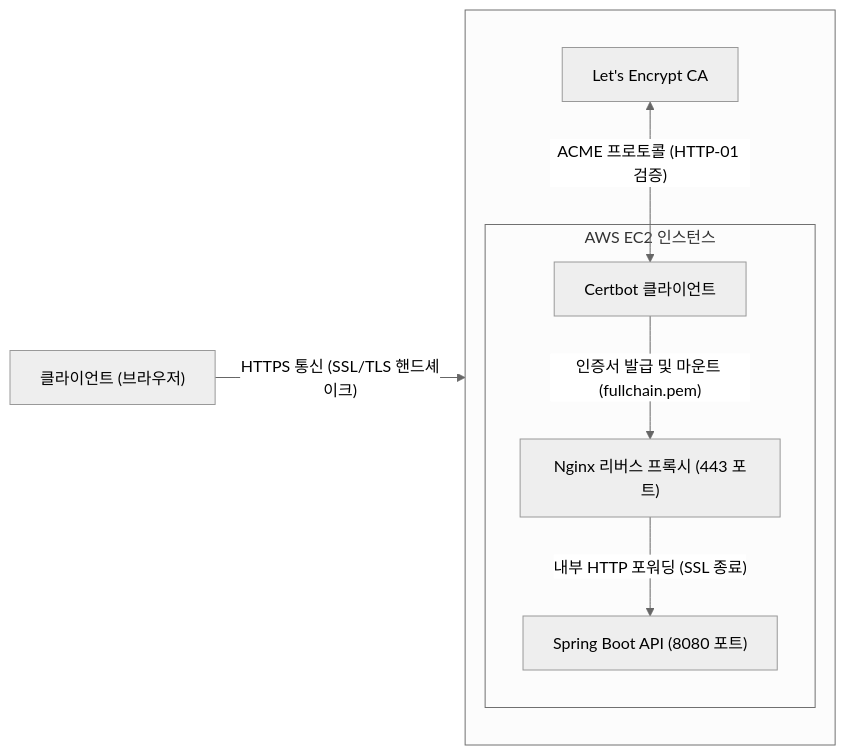
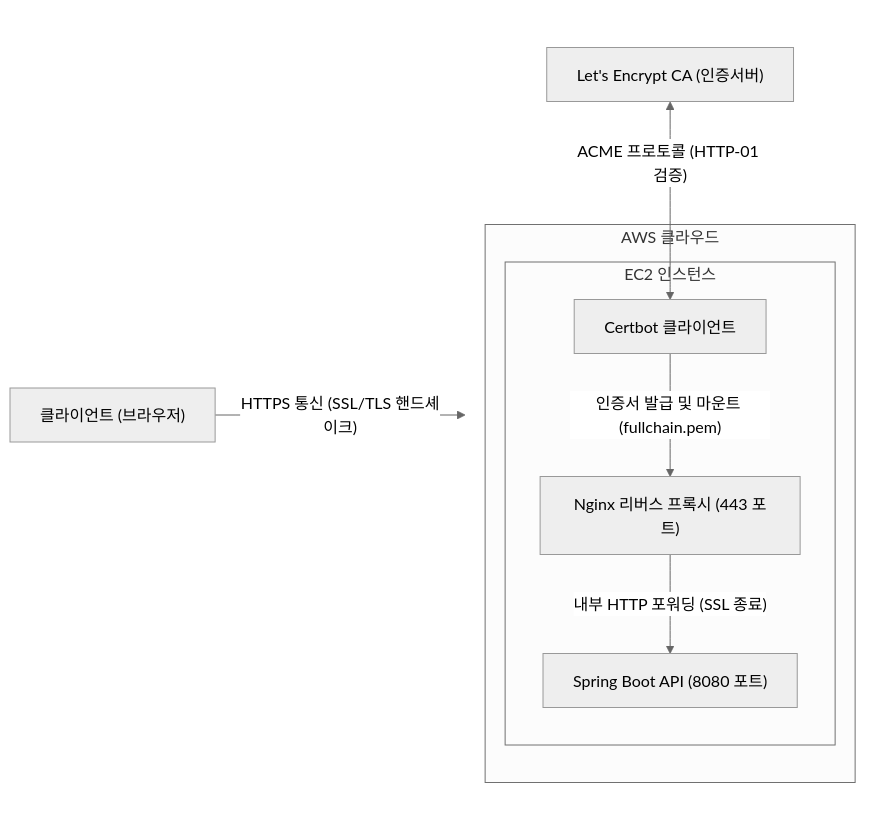
The first of 4 diagrams in guide/04.challenge.md (likelion-backend-25th/22-project-sns), drawn with Mermaid (neutral theme) before and after one commit. The commit also changed other lines of this file, not shown here.

````diff
--- a/guide/04.challenge.md
+++ b/guide/04.challenge.md
@@ -229,19 +229,24 @@
 ```mermaid
 flowchart LR
     Client["클라이언트 (브라우저)"]
 
-    subgraph Infra[" "]
+    subgraph ServerSide[" "]
         direction TB
-        CA["Let's Encrypt CA"]
-        subgraph EC2["AWS EC2 인스턴스"]
-            Certbot["Certbot 클라이언트"]
-            Nginx["Nginx 리버스 프록시 (443 포트)"]
-            SpringBoot["Spring Boot API (8080 포트)"]
+        CA["Let's Encrypt CA (인증서버)"]
+
+        subgraph AWS["AWS 클라우드"]
+            subgraph EC2["EC2 인스턴스"]
+                Certbot["Certbot 클라이언트"]
+                Nginx["Nginx 리버스 프록시 (443 포트)"]
+                SpringBoot["Spring Boot API (8080 포트)"]
+            end
         end
     end
 
     Client -->|"HTTPS 통신 (SSL/TLS 핸드셰이크)"| Nginx
     CA <-->|"ACME 프로토콜 (HTTP-01 검증)"| Certbot
     Certbot -->|"인증서 발급 및 마운트 (fullchain.pem)"| Nginx
     Nginx -->|"내부 HTTP 포워딩 (SSL 종료)"| SpringBoot
+
+    style ServerSide fill:none,stroke:none
 ```
````
